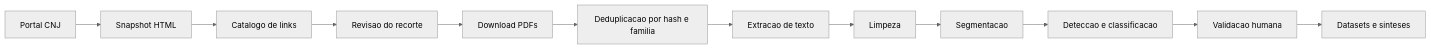
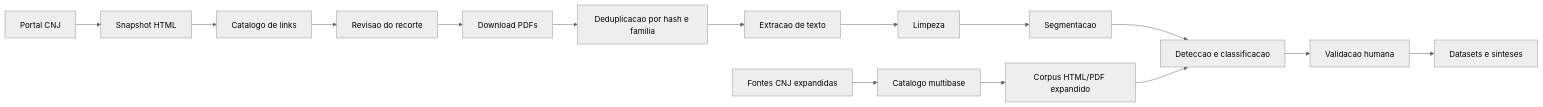
The diagram in Projetos/lacunas-capacitacao-cnj/docs/02_ARQUITETURA_PIPELINE.md (cnj-proj-icm/enaju-estrategia), drawn with Mermaid (neutral theme) before and after one commit. The commit also changed other lines of this file and 48 other files, not shown here.

````diff
--- a/Projetos/lacunas-capacitacao-cnj/docs/02_ARQUITETURA_PIPELINE.md
+++ b/Projetos/lacunas-capacitacao-cnj/docs/02_ARQUITETURA_PIPELINE.md
@@ -5,14 +5,17 @@
 ```mermaid
 flowchart LR
     A[Portal CNJ] --> B[Snapshot HTML]
     B --> C[Catalogo de links]
     C --> D[Revisao do recorte]
     D --> E[Download PDFs]
     E --> F[Deduplicacao por hash e familia]
     F --> G[Extracao de texto]
     G --> H[Limpeza]
     H --> I[Segmentacao]
     I --> J[Deteccao e classificacao]
     J --> K[Validacao humana]
     K --> L[Datasets e sinteses]
+    M[Fontes CNJ expandidas] --> N[Catalogo multibase]
+    N --> O[Corpus HTML/PDF expandido]
+    O --> J
 ```
````
